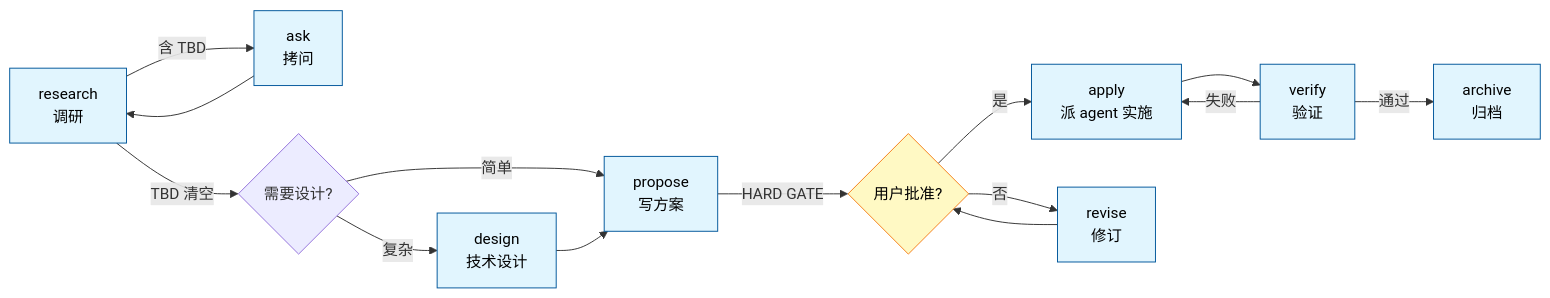
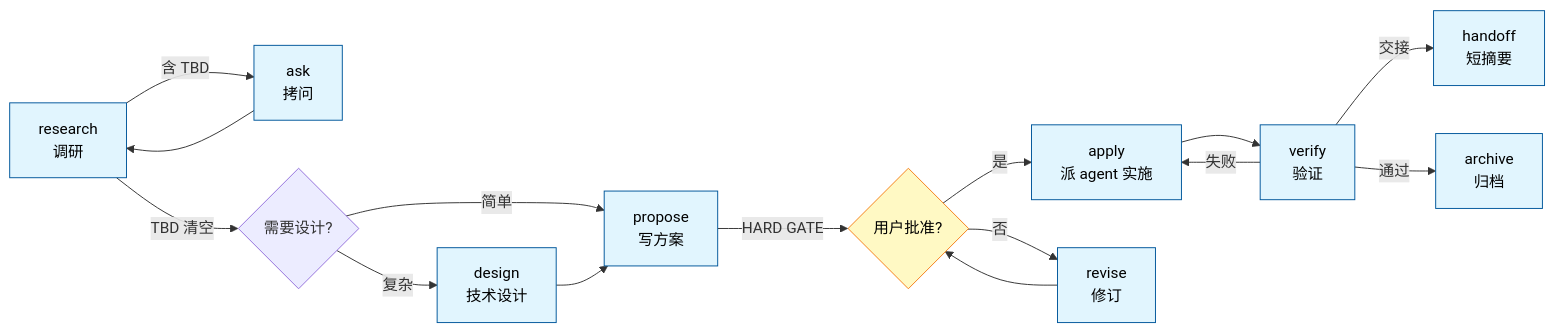
Before and after one commit to kamioj/spec-workflow: the diagram in README.md, drawn with Mermaid. The commit also changed other lines of this file and 6 other files, not shown here.

````diff
--- a/README.md
+++ b/README.md
@@ -125,19 +148,20 @@
 ```mermaid
 graph LR
     A[research<br/>调研]:::cmd -->|含 TBD| B[ask<br/>拷问]:::cmd
     B --> A
     A -->|TBD 清空| D{需要设计?}
     D -->|复杂| E[design<br/>技术设计]:::cmd
     D -->|简单| F[propose<br/>写方案]:::cmd
     E --> F
     F -->|HARD GATE| G{用户批准?}:::gate
     G -->|是| H[apply<br/>派 agent 实施]:::cmd
     G -->|否| I[revise<br/>修订]:::cmd
     I --> G
     H --> J[verify<br/>验证]:::cmd
+    J -->|交接| L[handoff<br/>短摘要]:::cmd
     J -->|通过| K[archive<br/>归档]:::cmd
     J -->|失败| H
 
     classDef cmd fill:#e1f5fe,stroke:#01579b,color:#000
     classDef gate fill:#fff9c4,stroke:#f57f17,color:#000
 ```
````
